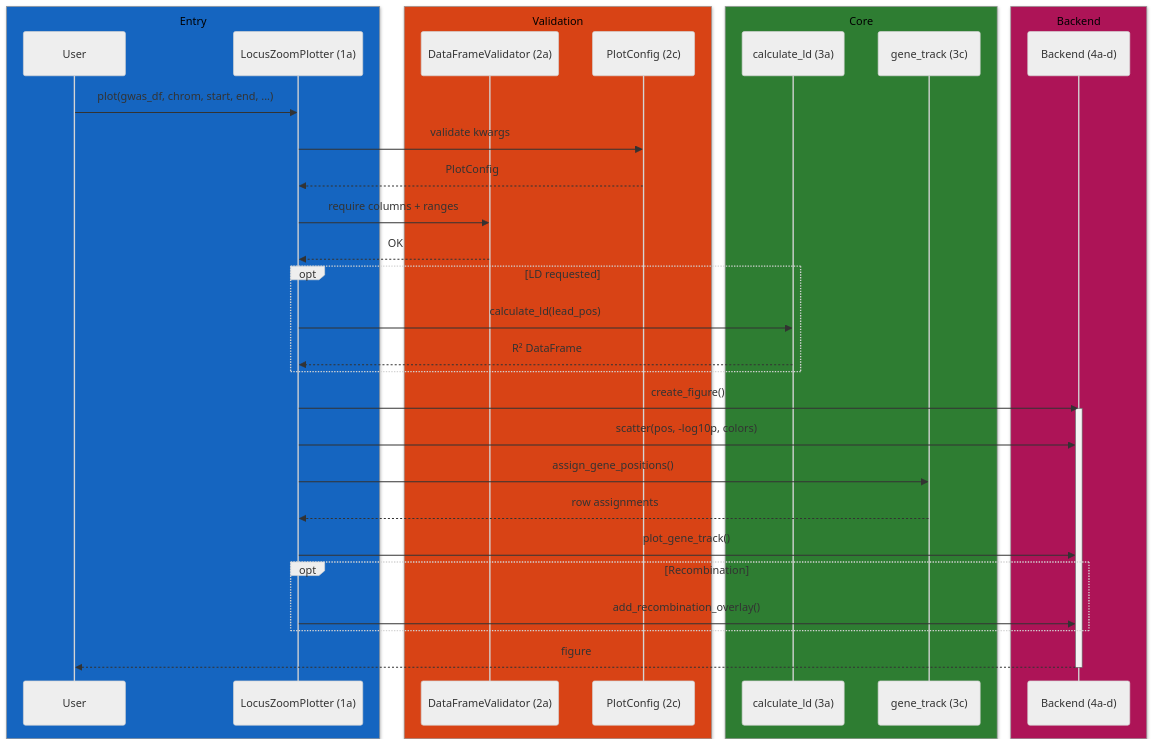
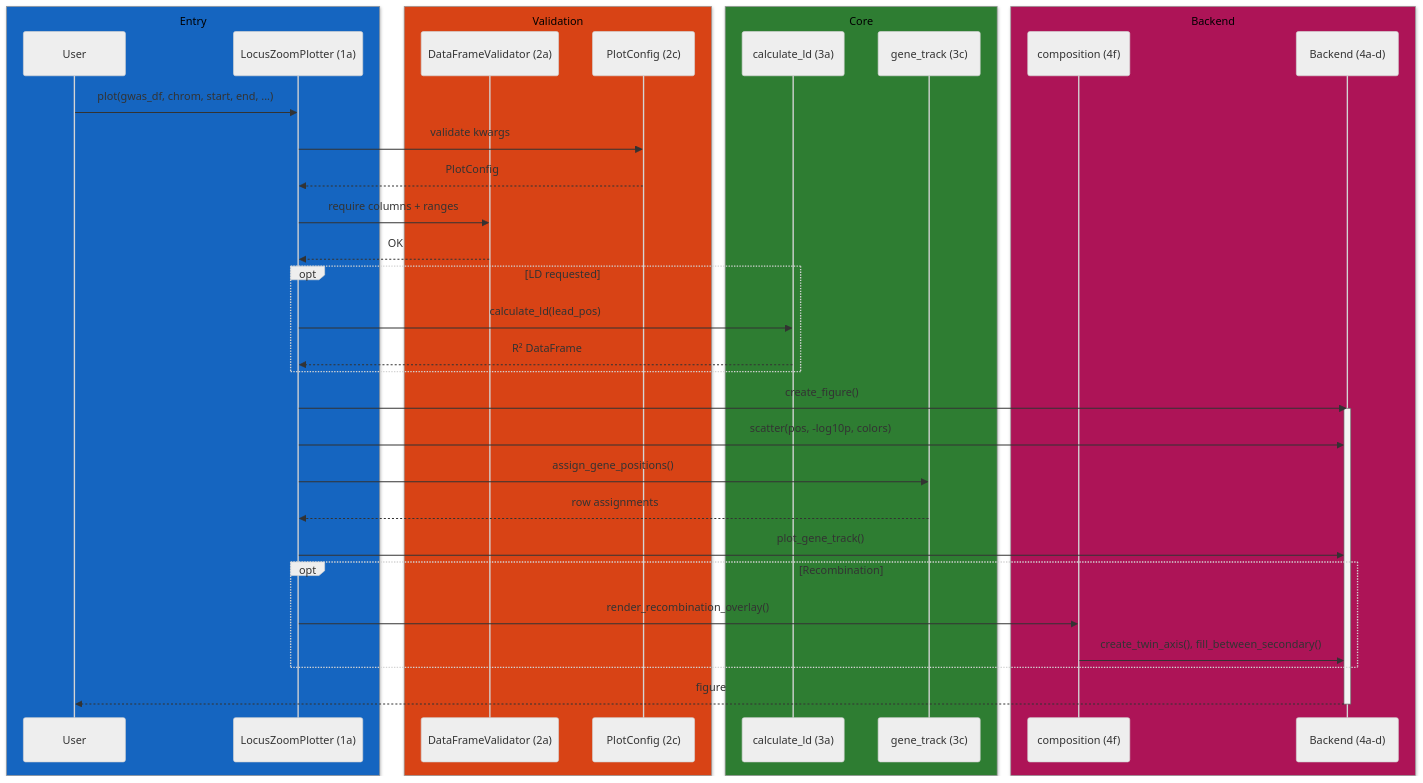
Before and after one commit to michael-denyer/pyLocusZoom: the second of 3 diagrams in docs/CODEMAP.md, drawn with Mermaid (neutral theme). The commit also changed other lines of this file and 66 other files, not shown here.

````diff
--- a/docs/CODEMAP.md
+++ b/docs/CODEMAP.md
@@ -258,41 +263,43 @@
 ```mermaid
 sequenceDiagram
     box rgb(21, 101, 192) Entry
         participant U as User
         participant P as LocusZoomPlotter (1a)
     end
     box rgb(216, 67, 21) Validation
         participant V as DataFrameValidator (2a)
         participant C as PlotConfig (2c)
     end
     box rgb(46, 125, 50) Core
         participant L as calculate_ld (3a)
         participant G as gene_track (3c)
     end
     box rgb(173, 20, 87) Backend
+        participant O as composition (4f)
         participant B as Backend (4a-d)
     end
 
     U->>P: plot(gwas_df, chrom, start, end, ...)
     P->>C: validate kwargs
     C-->>P: PlotConfig
     P->>V: require columns + ranges
     V-->>P: OK
 
     opt LD requested
         P->>L: calculate_ld(lead_pos)
         L-->>P: R² DataFrame
     end
 
     P->>B: create_figure()
     activate B
     P->>B: scatter(pos, -log10p, colors)
     P->>G: assign_gene_positions()
     G-->>P: row assignments
     P->>B: plot_gene_track()
     opt Recombination
-        P->>B: add_recombination_overlay()
+        P->>O: render_recombination_overlay()
+        O->>B: create_twin_axis(), fill_between_secondary()
     end
     B-->>U: figure
     deactivate B
 ```
````
